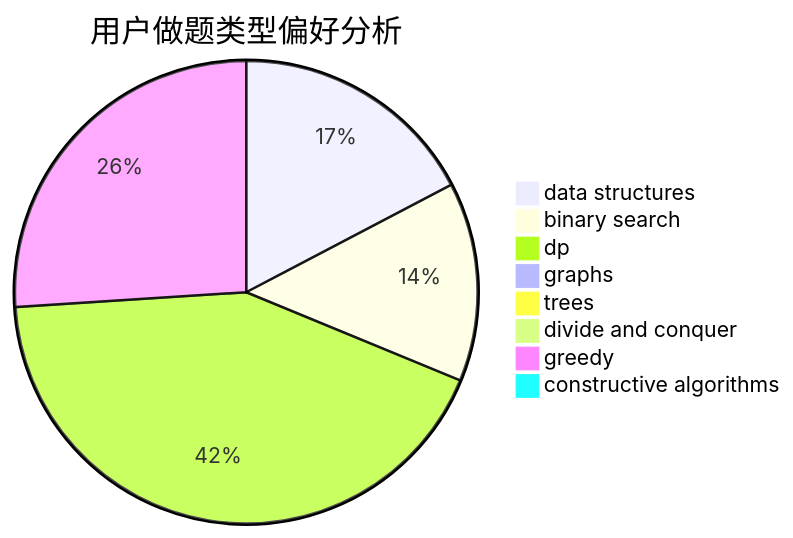
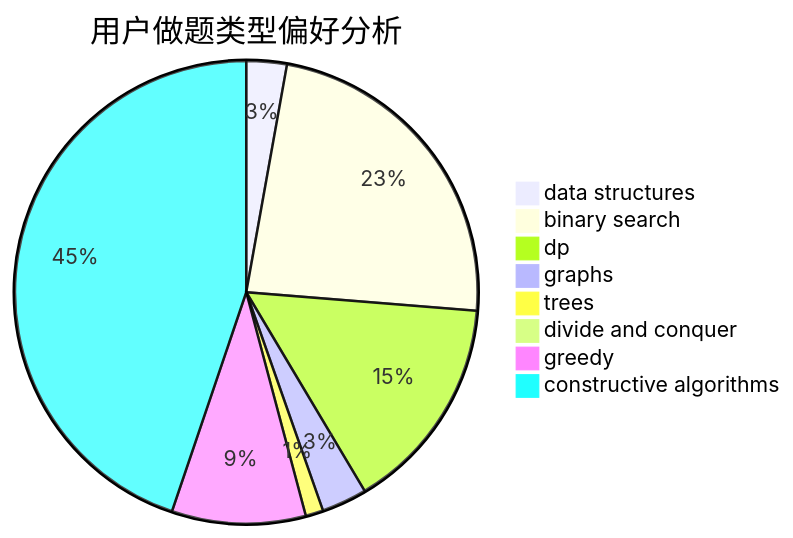
The second of 3 diagrams in docs/user/u1817.md (sherpahu/cfrs.github.io), drawn with Mermaid before and after one commit. The commit also changed other lines of this file and 2770 other files, not shown here.

````diff
--- a/docs/user/u1817.md
+++ b/docs/user/u1817.md
@@ -23,11 +23,11 @@
 ```mermaid
 pie title 用户做题类型偏好分析
-    "data structures" :  356
-    "binary search" :  286
-    "dp" :  879
-    "graphs" :  0
-    "trees" :  2
+    "data structures" :  16
+    "binary search" :  133
+    "dp" :  86
+    "graphs" :  18
+    "trees" :  7
     "divide and conquer" :  0
-    "greedy" :  535
-    "constructive algorithms" :  11
+    "greedy" :  53
+    "constructive algorithms" :  254
 ```
````
